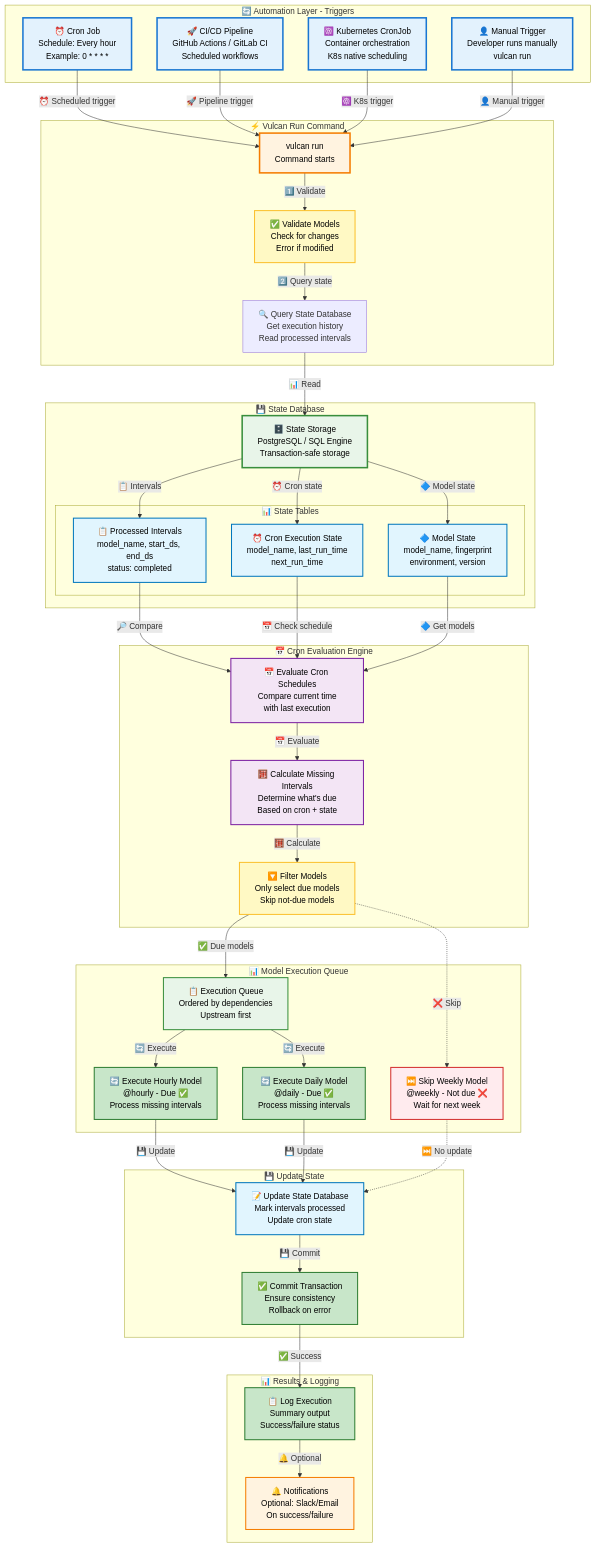
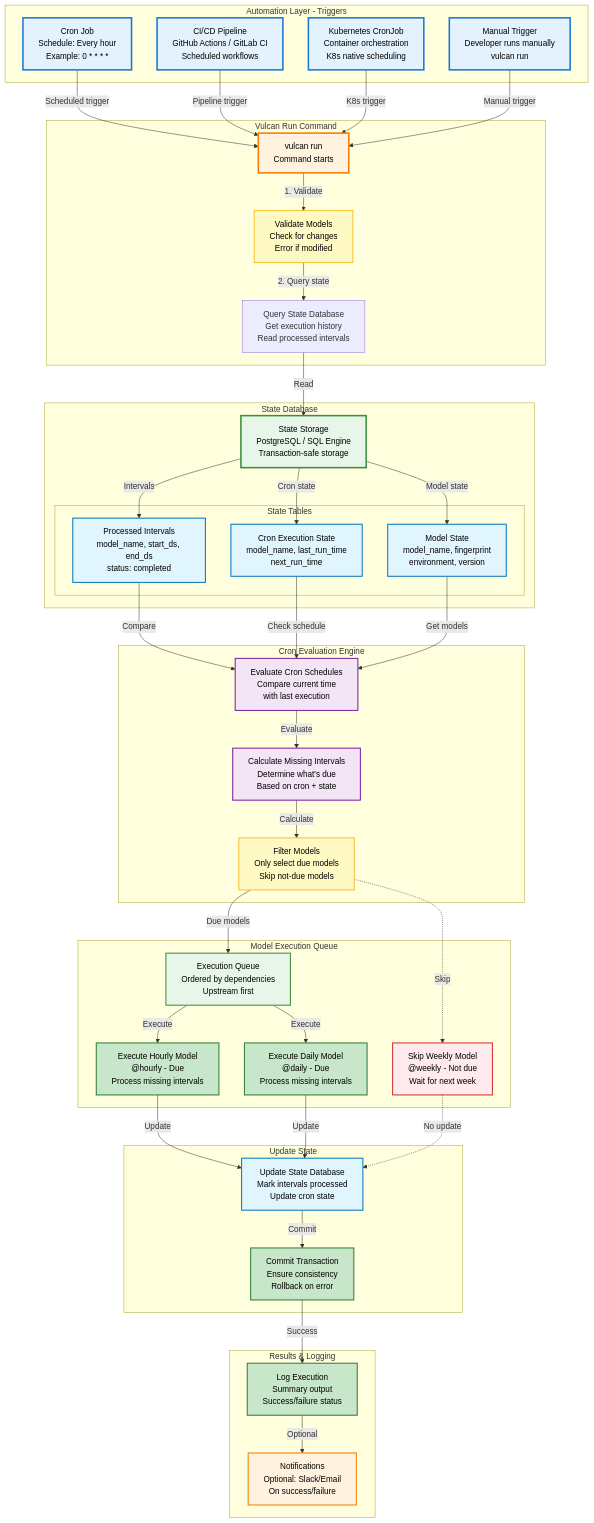
Before and after one commit to tmdc-io/vulcan-book: the fourth of 5 diagrams in docs/guides/run_and_scheduling.md, drawn with Mermaid. The commit also changed other lines of this file and 6 other files, not shown here.

Commit message:
updated mermaid diagrams to remove emojis, commented out the old plan guide o have only the new 2.0 plan guide

````diff
--- a/docs/guides/run_and_scheduling.md
+++ b/docs/guides/run_and_scheduling.md
@@ -347,84 +347,84 @@
 ```mermaid
 graph TB
-    subgraph "🔄 Automation Layer - Triggers"
-        CRON[⏰ Cron Job<br/>Schedule: Every hour<br/>Example: 0 * * * *]
-        CI[🚀 CI/CD Pipeline<br/>GitHub Actions / GitLab CI<br/>Scheduled workflows]
-        K8S[☸️ Kubernetes CronJob<br/>Container orchestration<br/>K8s native scheduling]
-        MANUAL[👤 Manual Trigger<br/>Developer runs manually<br/>vulcan run]
+    subgraph "Automation Layer - Triggers"
+        CRON[Cron Job<br/>Schedule: Every hour<br/>Example: 0 * * * *]
+        CI[CI/CD Pipeline<br/>GitHub Actions / GitLab CI<br/>Scheduled workflows]
+        K8S[Kubernetes CronJob<br/>Container orchestration<br/>K8s native scheduling]
+        MANUAL[Manual Trigger<br/>Developer runs manually<br/>vulcan run]
     end
 
-    subgraph "⚡ Vulcan Run Command"
+    subgraph "Vulcan Run Command"
         RUN[vulcan run<br/>Command starts]
-        VALIDATE[✅ Validate Models<br/>Check for changes<br/>Error if modified]
-        QUERY[🔍 Query State Database<br/>Get execution history<br/>Read processed intervals]
+        VALIDATE[Validate Models<br/>Check for changes<br/>Error if modified]
+        QUERY[Query State Database<br/>Get execution history<br/>Read processed intervals]
     end
 
-    subgraph "💾 State Database"
-        STATE[🗄️ State Storage<br/>PostgreSQL / SQL Engine<br/>Transaction-safe storage]
+    subgraph "State Database"
+        STATE[State Storage<br/>PostgreSQL / SQL Engine<br/>Transaction-safe storage]
         
-        subgraph "📊 State Tables"
-            INTERVALS[📋 Processed Intervals<br/>model_name, start_ds, end_ds<br/>status: completed]
-            CRON_STATE[⏰ Cron Execution State<br/>model_name, last_run_time<br/>next_run_time]
-            MODEL_STATE[🔷 Model State<br/>model_name, fingerprint<br/>environment, version]
+        subgraph "State Tables"
+            INTERVALS[Processed Intervals<br/>model_name, start_ds, end_ds<br/>status: completed]
+            CRON_STATE[Cron Execution State<br/>model_name, last_run_time<br/>next_run_time]
+            MODEL_STATE[Model State<br/>model_name, fingerprint<br/>environment, version]
         end
     end
 
-    subgraph "📅 Cron Evaluation Engine"
-        CRON_CHECK[📅 Evaluate Cron Schedules<br/>Compare current time<br/>with last execution]
-        CALC[🧮 Calculate Missing Intervals<br/>Determine what's due<br/>Based on cron + state]
-        FILTER[🔽 Filter Models<br/>Only select due models<br/>Skip not-due models]
+    subgraph "Cron Evaluation Engine"
+        CRON_CHECK[Evaluate Cron Schedules<br/>Compare current time<br/>with last execution]
+        CALC[Calculate Missing Intervals<br/>Determine what's due<br/>Based on cron + state]
+        FILTER[Filter Models<br/>Only select due models<br/>Skip not-due models]
     end
 
-    subgraph "📊 Model Execution Queue"
-        QUEUE[📋 Execution Queue<br/>Ordered by dependencies<br/>Upstream first]
-        EXEC1[🔄 Execute Hourly Model<br/>@hourly - Due ✅<br/>Process missing intervals]
-        EXEC2[🔄 Execute Daily Model<br/>@daily - Due ✅<br/>Process missing intervals]
-        SKIP[⏭️ Skip Weekly Model<br/>@weekly - Not due ❌<br/>Wait for next week]
+    subgraph "Model Execution Queue"
+        QUEUE[Execution Queue<br/>Ordered by dependencies<br/>Upstream first]
+        EXEC1[Execute Hourly Model<br/>@hourly - Due<br/>Process missing intervals]
+        EXEC2[Execute Daily Model<br/>@daily - Due<br/>Process missing intervals]
+        SKIP[Skip Weekly Model<br/>@weekly - Not due<br/>Wait for next week]
     end
 
-    subgraph "💾 Update State"
-        UPDATE[📝 Update State Database<br/>Mark intervals processed<br/>Update cron state]
-        COMMIT[✅ Commit Transaction<br/>Ensure consistency<br/>Rollback on error]
+    subgraph "Update State"
+        UPDATE[Update State Database<br/>Mark intervals processed<br/>Update cron state]
+        COMMIT[Commit Transaction<br/>Ensure consistency<br/>Rollback on error]
     end
 
-    subgraph "📊 Results & Logging"
-        LOG[📋 Log Execution<br/>Summary output<br/>Success/failure status]
-        NOTIFY[🔔 Notifications<br/>Optional: Slack/Email<br/>On success/failure]
+    subgraph "Results & Logging"
+        LOG[Log Execution<br/>Summary output<br/>Success/failure status]
+        NOTIFY[Notifications<br/>Optional: Slack/Email<br/>On success/failure]
     end
 
-    CRON -->|"⏰ Scheduled trigger"| RUN
-    CI -->|"🚀 Pipeline trigger"| RUN
-    K8S -->|"☸️ K8s trigger"| RUN
-    MANUAL -->|"👤 Manual trigger"| RUN
+    CRON -->|"Scheduled trigger"| RUN
+    CI -->|"Pipeline trigger"| RUN
+    K8S -->|"K8s trigger"| RUN
+    MANUAL -->|"Manual trigger"| RUN
     
-    RUN -->|"1️⃣ Validate"| VALIDATE
-    VALIDATE -->|"2️⃣ Query state"| QUERY
-    QUERY -->|"📊 Read"| STATE
+    RUN -->|"1. Validate"| VALIDATE
+    VALIDATE -->|"2. Query state"| QUERY
+    QUERY -->|"Read"| STATE
     
-    STATE -->|"📋 Intervals"| INTERVALS
-    STATE -->|"⏰ Cron state"| CRON_STATE
-    STATE -->|"🔷 Model state"| MODEL_STATE
+    STATE -->|"Intervals"| INTERVALS
+    STATE -->|"Cron state"| CRON_STATE
+    STATE -->|"Model state"| MODEL_STATE
     
-    INTERVALS -->|"🔎 Compare"| CRON_CHECK
-    CRON_STATE -->|"📅 Check schedule"| CRON_CHECK
-    MODEL_STATE -->|"🔷 Get models"| CRON_CHECK
+    INTERVALS -->|"Compare"| CRON_CHECK
+    CRON_STATE -->|"Check schedule"| CRON_CHECK
+    MODEL_STATE -->|"Get models"| CRON_CHECK
     
-    CRON_CHECK -->|"📅 Evaluate"| CALC
-    CALC -->|"🧮 Calculate"| FILTER
+    CRON_CHECK -->|"Evaluate"| CALC
+    CALC -->|"Calculate"| FILTER
     
-    FILTER -->|"✅ Due models"| QUEUE
-    FILTER -.->|"❌ Skip"| SKIP
+    FILTER -->|"Due models"| QUEUE
+    FILTER -.->|"Skip"| SKIP
     
-    QUEUE -->|"🔄 Execute"| EXEC1
-    QUEUE -->|"🔄 Execute"| EXEC2
+    QUEUE -->|"Execute"| EXEC1
+    QUEUE -->|"Execute"| EXEC2
     
-    EXEC1 -->|"💾 Update"| UPDATE
-    EXEC2 -->|"💾 Update"| UPDATE
-    SKIP -.->|"⏭️ No update"| UPDATE
+    EXEC1 -->|"Update"| UPDATE
+    EXEC2 -->|"Update"| UPDATE
+    SKIP -.->|"No update"| UPDATE
     
-    UPDATE -->|"💾 Commit"| COMMIT
-    COMMIT -->|"✅ Success"| LOG
-    LOG -->|"🔔 Optional"| NOTIFY
+    UPDATE -->|"Commit"| COMMIT
+    COMMIT -->|"Success"| LOG
+    LOG -->|"Optional"| NOTIFY
 
     style CRON fill:#e3f2fd,stroke:#1976d2,stroke-width:3px,color:#000
     style CI fill:#e3f2fd,stroke:#1976d2,stroke-width:3px,color:#000
````
